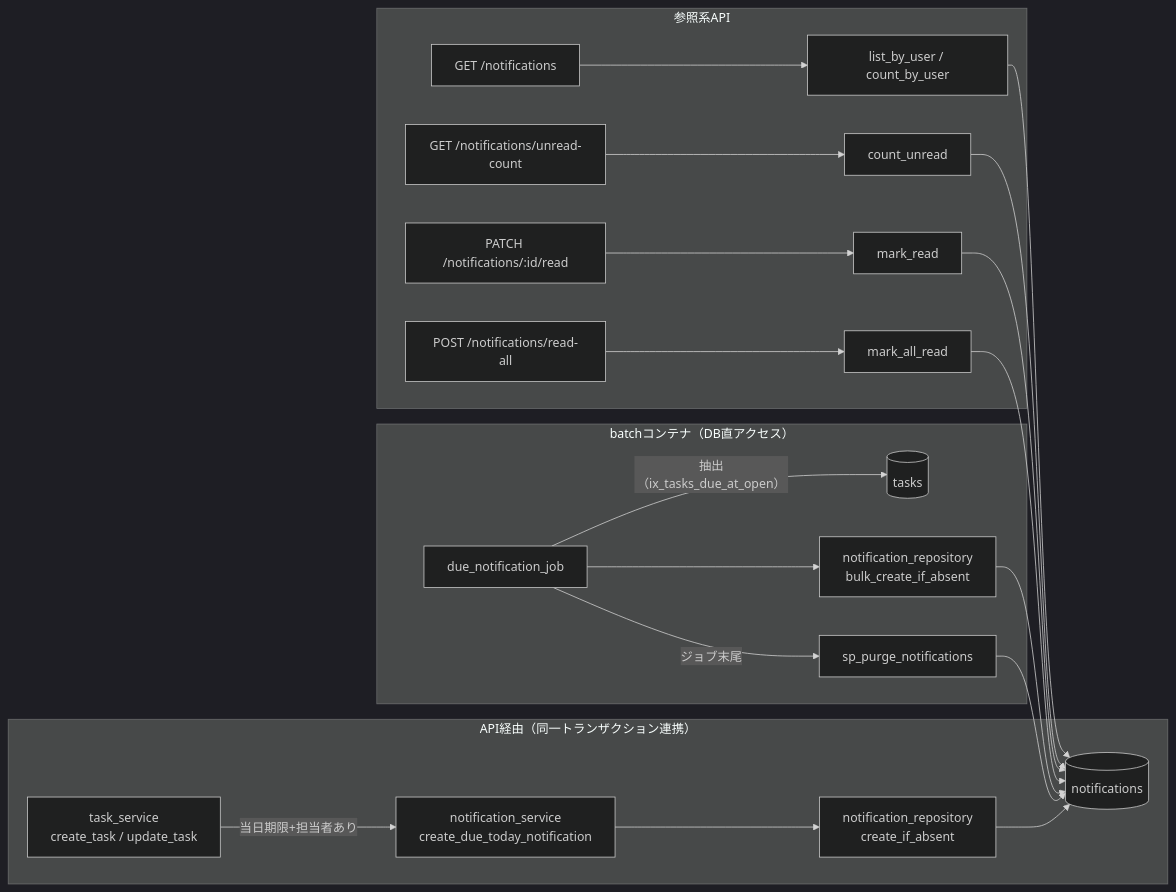
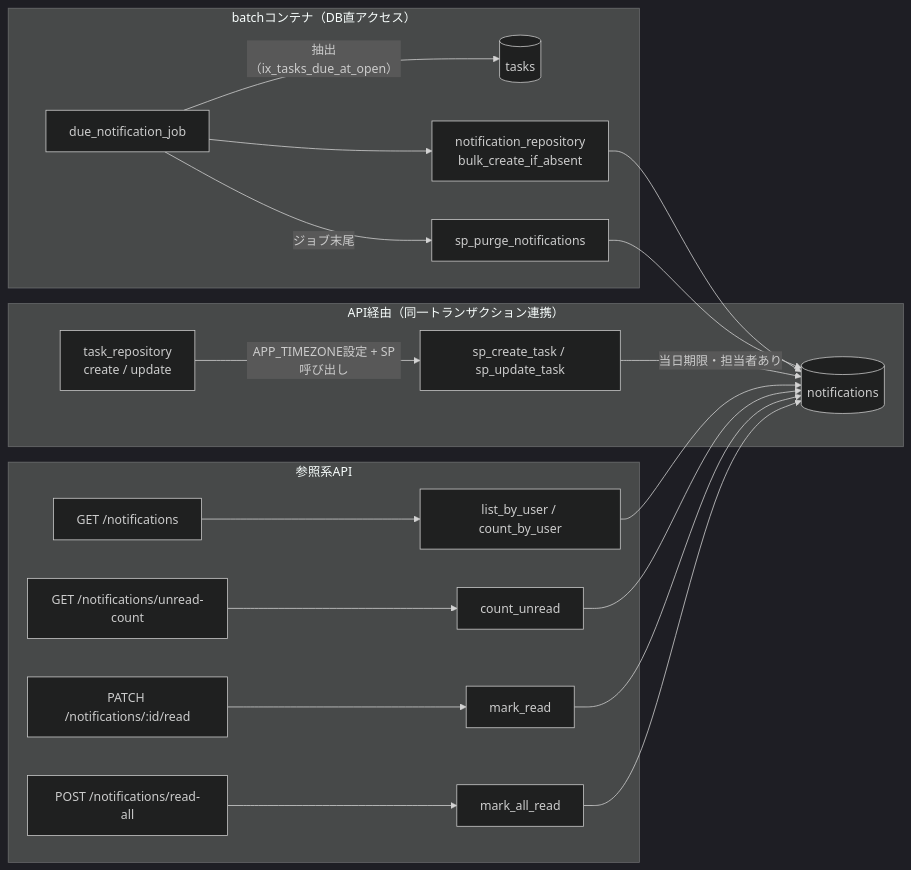
One commit to oikawa-d/task_management changed the second of 2 diagrams in docs/detailed_design/database/10_table_notifications.md. Above: the diagram before and after it, drawn with Mermaid (dark theme). The commit also changed other lines of this file and 6 other files, not shown here.

````diff
--- a/docs/detailed_design/database/10_table_notifications.md
+++ b/docs/detailed_design/database/10_table_notifications.md
@@ -213,27 +214,26 @@
 ```mermaid
 flowchart LR
     subgraph api["API経由（同一トランザクション連携）"]
-        TS["task_service<br/>create_task / update_task"] -->|"当日期限+担当者あり"| NS1["notification_service<br/>create_due_today_notification"]
-        NS1 --> NR1["notification_repository<br/>create_if_absent"]
-        NR1 --> N1[("notifications")]
+        TS["task_repository<br/>create / update"] -->|"APP_TIMEZONE設定 + SP呼び出し"| SP1["sp_create_task / sp_update_task"]
+        SP1 -->|"当日期限・担当者あり"| N1[("notifications")]
     end
 
     subgraph batch["batchコンテナ（DB直アクセス）"]
         JOB["due_notification_job"] -->|"抽出（ix_tasks_due_at_open）"| T1[("tasks")]
         JOB --> NR2["notification_repository<br/>bulk_create_if_absent"]
         NR2 --> N1
         JOB -->|"ジョブ末尾"| SP["sp_purge_notifications"]
         SP --> N1
     end
 
     subgraph query["参照系API"]
         API1["GET /notifications"] --> NR3["list_by_user / count_by_user"]
         API2["GET /notifications/unread-count"] --> NR4["count_unread"]
         API3["PATCH /notifications/:id/read"] --> NR5["mark_read"]
         API4["POST /notifications/read-all"] --> NR6["mark_all_read"]
         NR3 --> N1
         NR4 --> N1
         NR5 --> N1
         NR6 --> N1
     end
 ```
````
